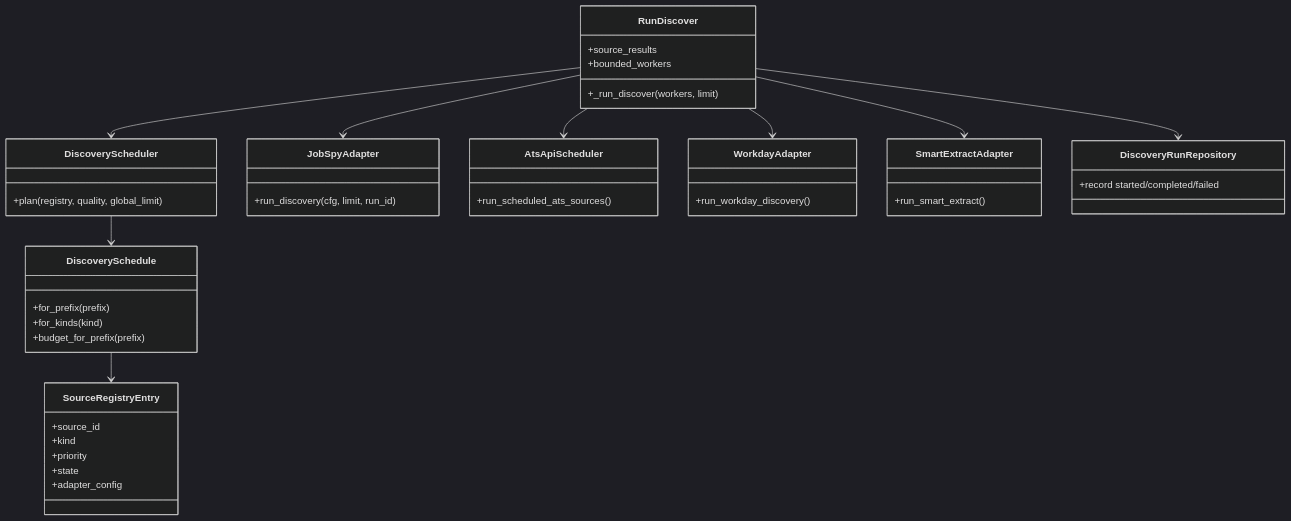
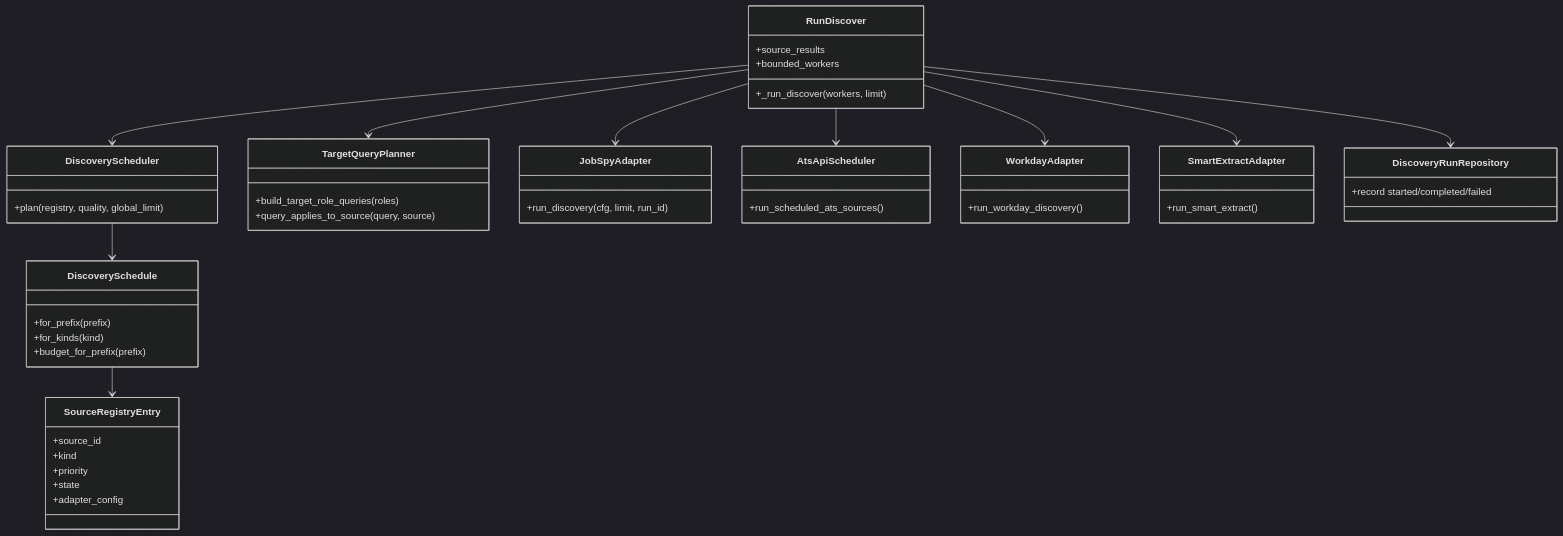
The fourth of 15 diagrams in docs/job-pipeline-architecture.md (ebarti/JobCtrl), drawn with Mermaid (dark theme) before and after one commit. The commit also changed other lines of this file, not shown here.

Commit message:
docs: clarify discovery query expansion

````diff
--- a/docs/job-pipeline-architecture.md
+++ b/docs/job-pipeline-architecture.md
@@ -264,47 +268,52 @@
 ```mermaid
 classDiagram
     class RunDiscover {
       +_run_discover(workers, limit)
       +source_results
       +bounded_workers
     }
     class DiscoveryScheduler {
       +plan(registry, quality, global_limit)
+    }
+    class TargetQueryPlanner {
+      +build_target_role_queries(roles)
+      +query_applies_to_source(query, source)
     }
     class DiscoverySchedule {
       +for_prefix(prefix)
       +for_kinds(kind)
       +budget_for_prefix(prefix)
     }
     class SourceRegistryEntry {
       +source_id
       +kind
       +priority
       +state
       +adapter_config
     }
     class JobSpyAdapter {
       +run_discovery(cfg, limit, run_id)
     }
     class AtsApiScheduler {
       +run_scheduled_ats_sources()
     }
     class WorkdayAdapter {
       +run_workday_discovery()
     }
     class SmartExtractAdapter {
       +run_smart_extract()
     }
     class DiscoveryRunRepository {
       +record started/completed/failed
     }
 
     RunDiscover --> DiscoveryScheduler
+    RunDiscover --> TargetQueryPlanner
     DiscoveryScheduler --> DiscoverySchedule
     DiscoverySchedule --> SourceRegistryEntry
     RunDiscover --> JobSpyAdapter
     RunDiscover --> AtsApiScheduler
     RunDiscover --> WorkdayAdapter
     RunDiscover --> SmartExtractAdapter
     RunDiscover --> DiscoveryRunRepository
 ```
````
